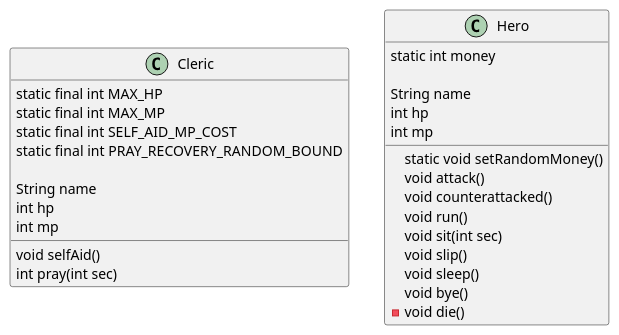
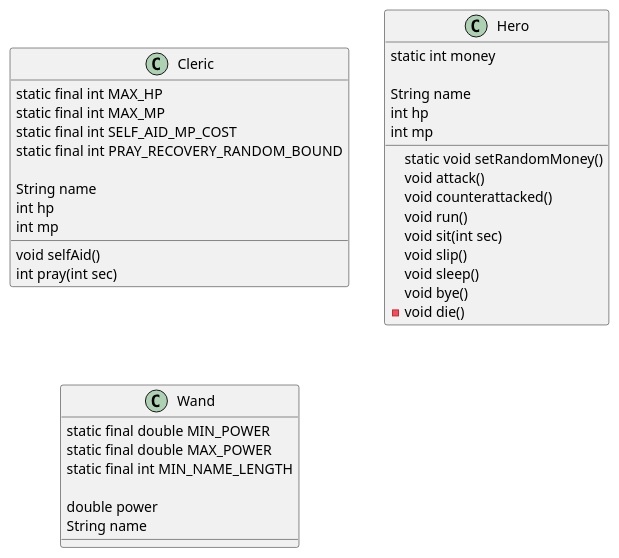
One commit to SurvivalCodingCampus/gangnam3-java-oop changed the diagram in docs/game.puml. Above: the diagram before and after it, drawn with PlantUML.

Commit message:
docs: feat: class Wand UML 생성

```diff
--- a/docs/game.puml
+++ b/docs/game.puml
@@ -1,35 +1,45 @@
 @startuml
 
 class Cleric {
     static final int MAX_HP
     static final int MAX_MP
     static final int SELF_AID_MP_COST
     static final int PRAY_RECOVERY_RANDOM_BOUND
 
     String name
     int hp
     int mp
 
     void selfAid()
     int pray(int sec)
 }
 
 class Hero {
     static int money
 
     String name
     int hp
     int mp
 
     static void setRandomMoney()
     void attack()
     void counterattacked()
     void run()
     void sit(int sec)
     void slip()
     void sleep()
     void bye()
     - void die()
 }
 
+class Wand {
+    static final double MIN_POWER
+    static final double MAX_POWER
+    static final int MIN_NAME_LENGTH
+
+    double power
+    String name
+}
+
+
 @enduml
```
